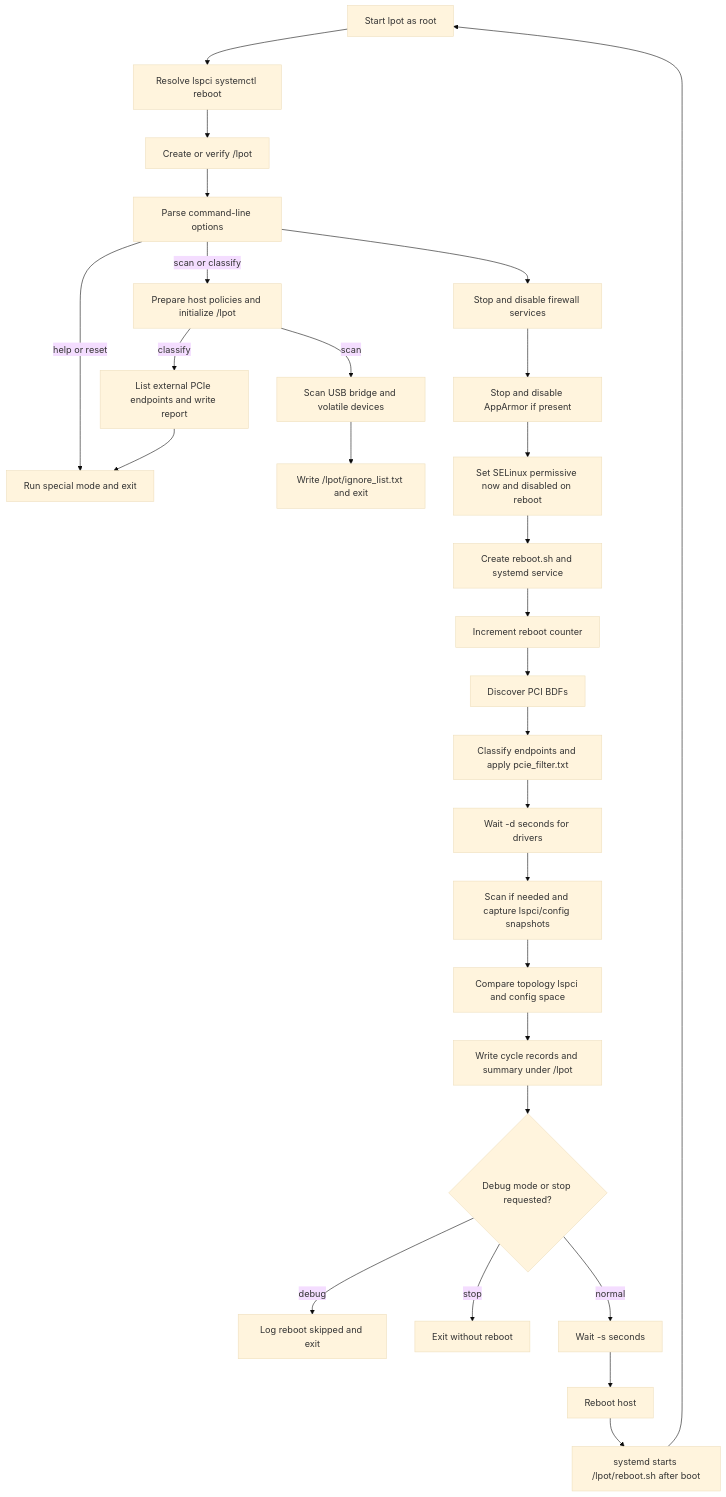
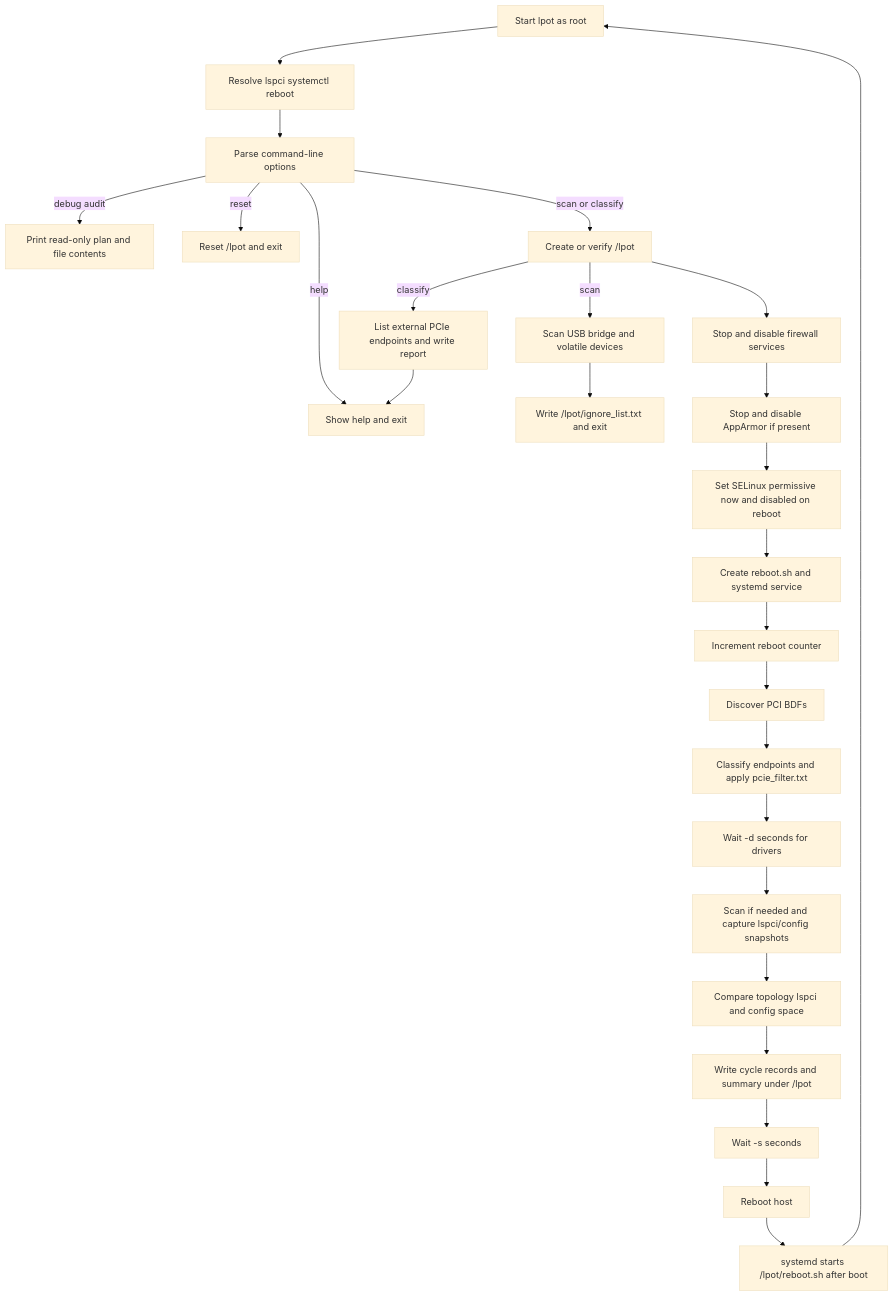
The diagram in README.md (Nephom/lpot), drawn with Mermaid (base theme) before and after one commit. The commit also changed other lines of this file and 6 other files, not shown here.

Commit message:
Add read-only dry-run audit mode

````diff
--- a/README.md
+++ b/README.md
@@ -104,30 +107,28 @@
 ```mermaid
 flowchart TD
     A[Start lpot as root] --> B[Resolve lspci systemctl reboot]
-    B --> C[Create or verify /lpot]
-    C --> D[Parse command-line options]
-    D -->|help or reset| E[Run special mode and exit]
-    D -->|scan or classify| F[Prepare host policies and initialize /lpot]
-    F -->|classify| G[List external PCIe endpoints and write report]
-    F -->|scan| H[Scan USB bridge and volatile devices]
-    G --> E
-    H --> I[Write /lpot/ignore_list.txt and exit]
-    D --> J[Stop and disable firewall services]
-    J --> K[Stop and disable AppArmor if present]
-    K --> L[Set SELinux permissive now and disabled on reboot]
-    L --> M[Create reboot.sh and systemd service]
-    M --> N[Increment reboot counter]
-    N --> O[Discover PCI BDFs]
-    O --> P[Classify endpoints and apply pcie_filter.txt]
-    P --> Q[Wait -d seconds for drivers]
-    Q --> R[Scan if needed and capture lspci/config snapshots]
-    R --> S[Compare topology lspci and config space]
-    S --> T[Write cycle records and summary under /lpot]
-    T --> U{Debug mode or stop requested?}
-    U -->|debug| V[Log reboot skipped and exit]
-    U -->|stop| W[Exit without reboot]
-    U -->|normal| X[Wait -s seconds]
-    X --> Y[Reboot host]
-    Y --> Z[systemd starts /lpot/reboot.sh after boot]
-    Z --> A
+    B --> C[Parse command-line options]
+    C -->|debug audit| D[Print read-only plan and file contents]
+    C -->|help| E[Show help and exit]
+    C -->|reset| F[Reset /lpot and exit]
+    C -->|scan or classify| G[Create or verify /lpot]
+    G -->|classify| H[List external PCIe endpoints and write report]
+    G -->|scan| I[Scan USB bridge and volatile devices]
+    H --> E
+    I --> J[Write /lpot/ignore_list.txt and exit]
+    G --> K[Stop and disable firewall services]
+    K --> L[Stop and disable AppArmor if present]
+    L --> M[Set SELinux permissive now and disabled on reboot]
+    M --> N[Create reboot.sh and systemd service]
+    N --> O[Increment reboot counter]
+    O --> P[Discover PCI BDFs]
+    P --> Q[Classify endpoints and apply pcie_filter.txt]
+    Q --> R[Wait -d seconds for drivers]
+    R --> S[Scan if needed and capture lspci/config snapshots]
+    S --> T[Compare topology lspci and config space]
+    T --> U[Write cycle records and summary under /lpot]
+    U --> V[Wait -s seconds]
+    V --> W[Reboot host]
+    W --> X[systemd starts /lpot/reboot.sh after boot]
+    X --> A
 ```
````
